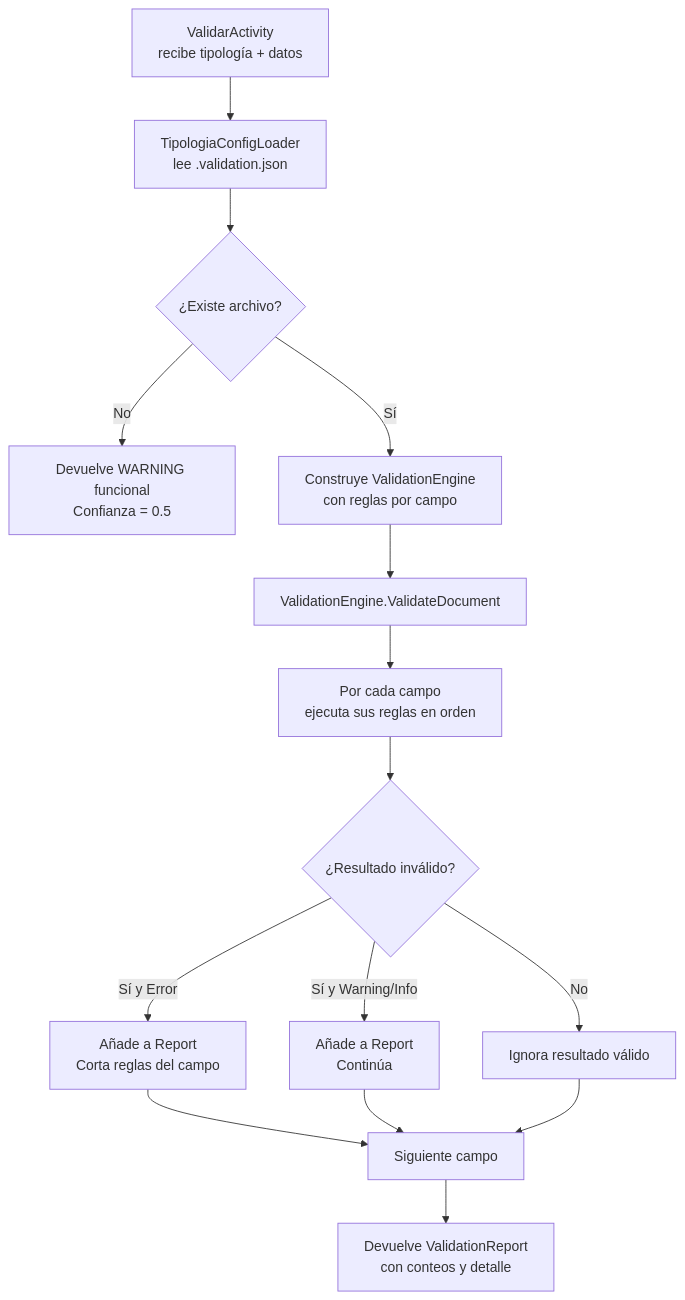
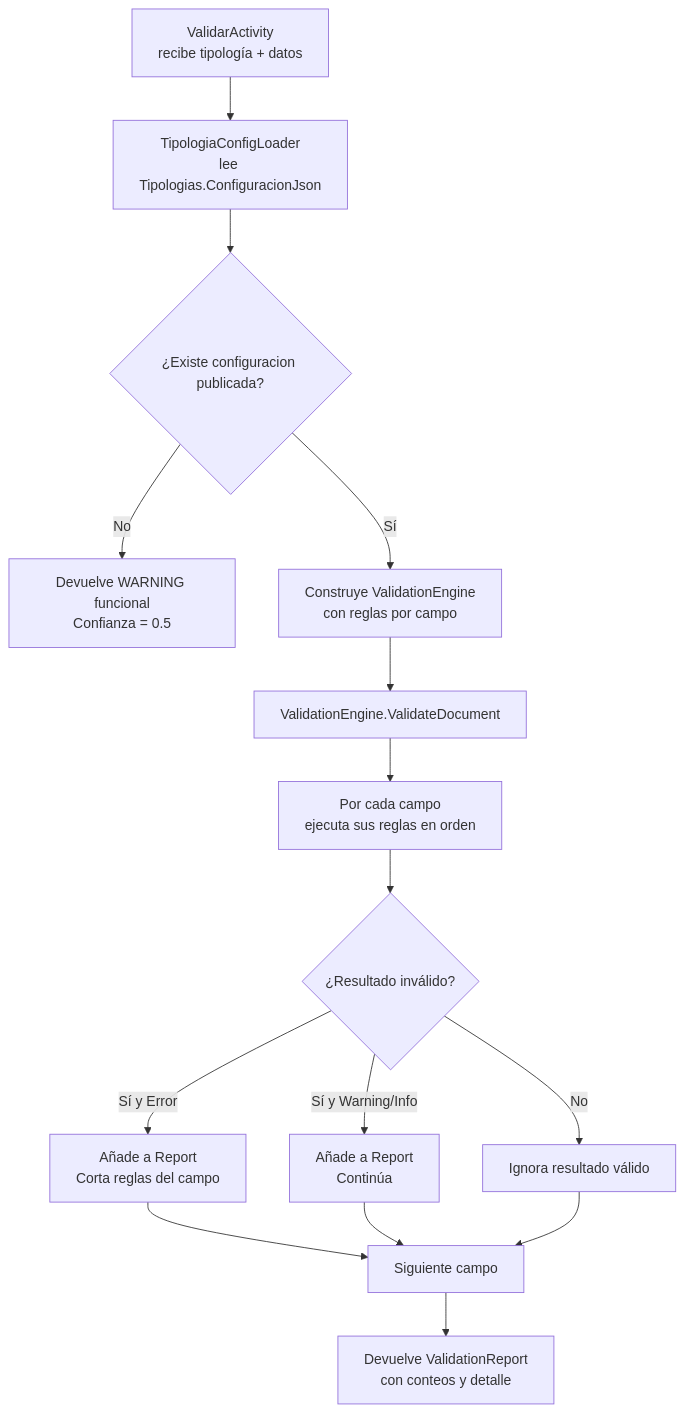
The diagram in docs/manuales/MANUAL_VALIDACIONES.md (nvcrisologo02/AI-DocClassExt), drawn with Mermaid before and after one commit. The commit also changed other lines of this file and 20 other files, not shown here.

````diff
--- a/docs/manuales/MANUAL_VALIDACIONES.md
+++ b/docs/manuales/MANUAL_VALIDACIONES.md
@@ -36,17 +36,17 @@
 ```mermaid
 flowchart TD
-    A[ValidarActivity\nrecibe tipología + datos] --> B[TipologiaConfigLoader\nlee .validation.json]
-    B --> C{¿Existe archivo?}
-    C -- No --> D[Devuelve WARNING funcional\nConfianza = 0.5]
-    C -- Sí --> E[Construye ValidationEngine\ncon reglas por campo]
+  A[ValidarActivity\nrecibe tipología + datos] --> B[TipologiaConfigLoader\nlee Tipologias.ConfiguracionJson]
+  B --> C{¿Existe configuracion publicada?}
+  C -- No --> D[Devuelve WARNING funcional\nConfianza = 0.5]
+  C -- Sí --> E[Construye ValidationEngine\ncon reglas por campo]
     E --> F[ValidationEngine.ValidateDocument]
     F --> G[Por cada campo\n ejecuta sus reglas en orden]
     G --> H{¿Resultado inválido?}
     H -- Sí y Error --> I[Añade a Report\nCorta reglas del campo]
     H -- Sí y Warning/Info --> J[Añade a Report\nContinúa]
     H -- No --> K[Ignora resultado válido]
     I --> L[Siguiente campo]
     J --> L
     K --> L
     L --> M[Devuelve ValidationReport\ncon conteos y detalle]
 ```
````
